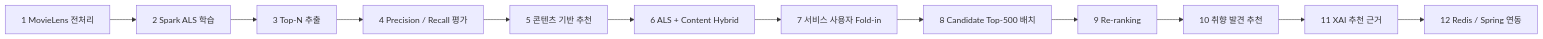
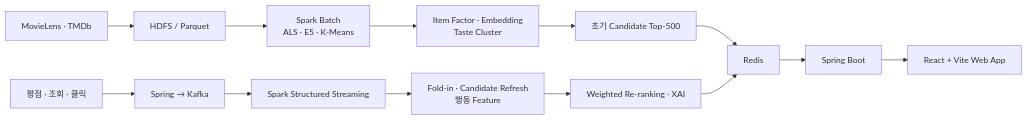
The third of 3 diagrams in README.md (koongya-studio/feelm), drawn with Mermaid before and after one commit. The commit also changed other lines of this file and 18 other files, not shown here.

````diff
--- a/README.md
+++ b/README.md
@@ -328,14 +334,15 @@
 ```mermaid
 flowchart LR
-    A["1 MovieLens 전처리"] --> B["2 Spark ALS 학습"]
-    B --> C["3 Top-N 추출"]
-    C --> D["4 Precision / Recall 평가"]
-    D --> E["5 콘텐츠 기반 추천"]
-    E --> F["6 ALS + Content Hybrid"]
-    F --> G["7 서비스 사용자 Fold-in"]
-    G --> H["8 Candidate Top-500 배치"]
-    H --> I["9 Re-ranking"]
-    I --> J["10 취향 발견 추천"]
-    J --> K["11 XAI 추천 근거"]
-    K --> L["12 Redis / Spring 연동"]
+    A["MovieLens · TMDb"] --> B["HDFS / Parquet"]
+    B --> C["Spark Batch<br/>ALS · E5 · K-Means"]
+    C --> D["Item Factor · Embedding<br/>Taste Cluster"]
+    D --> E["초기 Candidate Top-500"]
+    E --> F["Redis"]
+    G["평점 · 조회 · 클릭"] --> H["Spring → Kafka"]
+    H --> I["Spark Structured Streaming"]
+    I --> J["Fold-in · Candidate Refresh<br/>행동 Feature"]
+    J --> K["Weighted Re-ranking · XAI"]
+    K --> F
+    F --> L["Spring Boot"]
+    L --> M["React + Vite Web App"]
 ```
````
